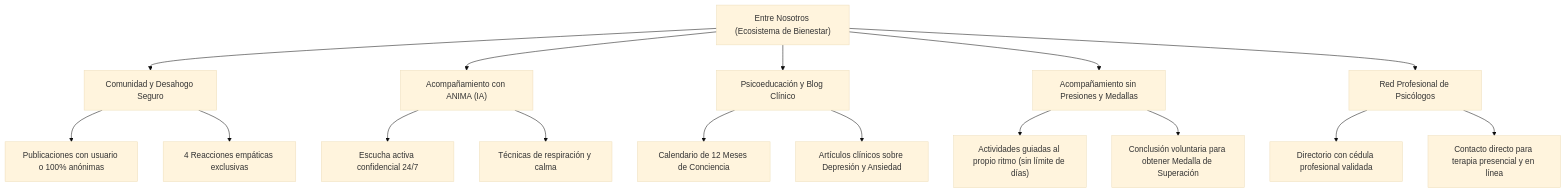
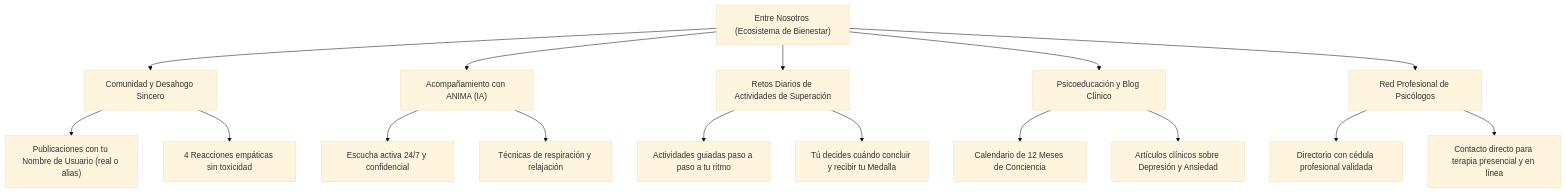
The first of 4 diagrams in MANUAL_DE_USUARIO.md (GuillermoMH10/ENTRE.NOSOTROS.COMUNITY), drawn with Mermaid (base theme) before and after one commit. The commit also changed other lines of this file, not shown here.

````diff
--- a/MANUAL_DE_USUARIO.md
+++ b/MANUAL_DE_USUARIO.md
@@ -16,23 +16,23 @@
 ```mermaid
 flowchart TD
-    A["Entre Nosotros (Ecosistema de Bienestar)"] --> B["Comunidad y Desahogo Seguro"]
+    A["Entre Nosotros (Ecosistema de Bienestar)"] --> B["Comunidad y Desahogo Sincero"]
     A --> C["Acompañamiento con ANIMA (IA)"]
-    A --> D["Psicoeducación y Blog Clínico"]
-    A --> E["Acompañamiento sin Presiones y Medallas"]
+    A --> D["Retos Diarios de Actividades de Superación"]
+    A --> E["Psicoeducación y Blog Clínico"]
     A --> F["Red Profesional de Psicólogos"]
 
-    B --> B1["Publicaciones con usuario o 100% anónimas"]
-    B --> B2["4 Reacciones empáticas exclusivas"]
+    B --> B1["Publicaciones con tu Nombre de Usuario (real o alias)"]
+    B --> B2["4 Reacciones empáticas sin toxicidad"]
     
-    C --> C1["Escucha activa confidencial 24/7"]
-    C --> C2["Técnicas de respiración y calma"]
+    C --> C1["Escucha activa 24/7 y confidencial"]
+    C --> C2["Técnicas de respiración y relajación"]
 
-    D --> D1["Calendario de 12 Meses de Conciencia"]
-    D --> D2["Artículos clínicos sobre Depresión y Ansiedad"]
+    D --> D1["Actividades guiadas paso a paso a tu ritmo"]
+    D --> D2["Tú decides cuándo concluir y recibir tu Medalla"]
 
-    E --> E1["Actividades guiadas al propio ritmo (sin límite de días)"]
-    E --> E2["Conclusión voluntaria para obtener Medalla de Superación"]
+    E --> E1["Calendario de 12 Meses de Conciencia"]
+    E --> E2["Artículos clínicos sobre Depresión y Ansiedad"]
 
     F --> F1["Directorio con cédula profesional validada"]
     F --> F2["Contacto directo para terapia presencial y en línea"]
 ```
````
